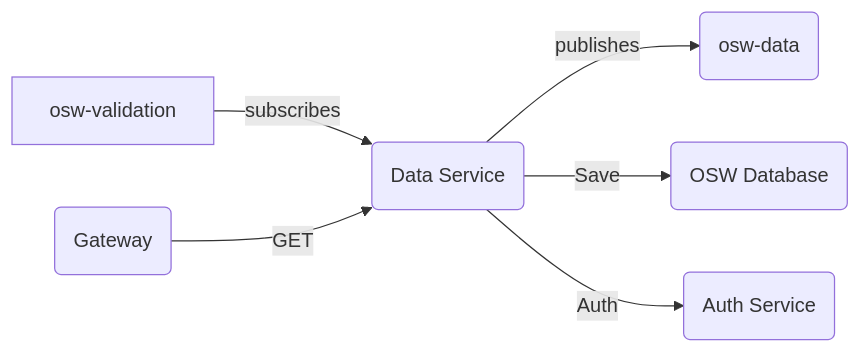
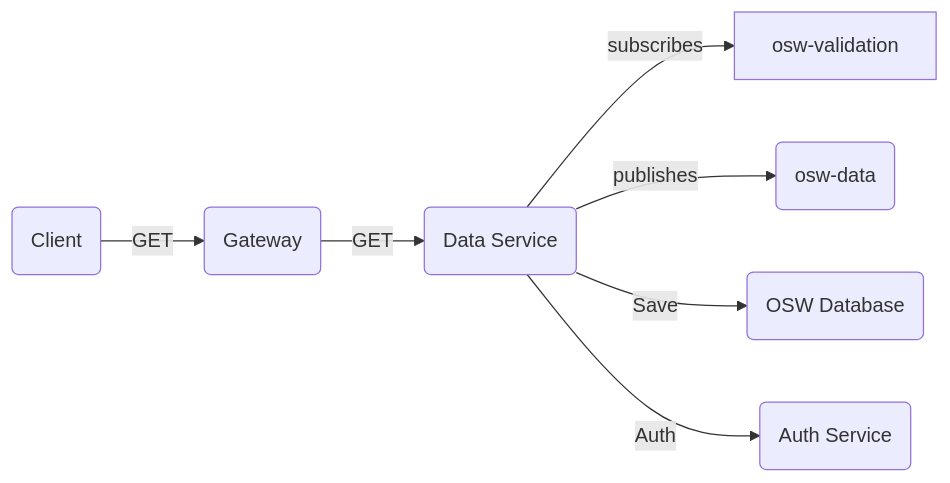
Before and after one commit to TaskarCenterAtUW/TDEI-osw-datasvc-ts: the first of 2 diagrams in README.md, drawn with Mermaid. The commit also changed other lines of this file, not shown here.

````diff
--- a/README.md
+++ b/README.md
@@ -60,7 +61,9 @@
 ```mermaid
 graph LR;
-    A[osw-validation] -->|subscribes| B(Data Service) -->|publishes| C(osw-data)
+    B(Data Service) -->|subscribes| A[osw-validation]
+    B -->|publishes| C(osw-data)
     B -->|Save| D(OSW Database)
     B -->|Auth| E(Auth Service)
     G(Gateway) -->|GET| B(Data Service)
+    H(Client) -->|GET| G
 ```
````
